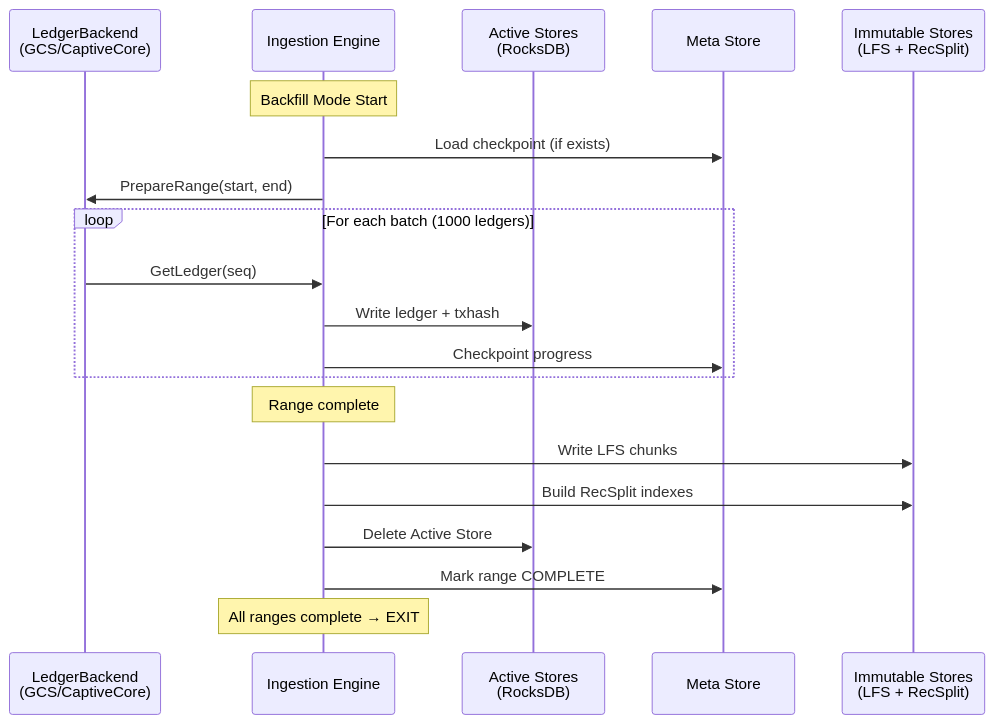
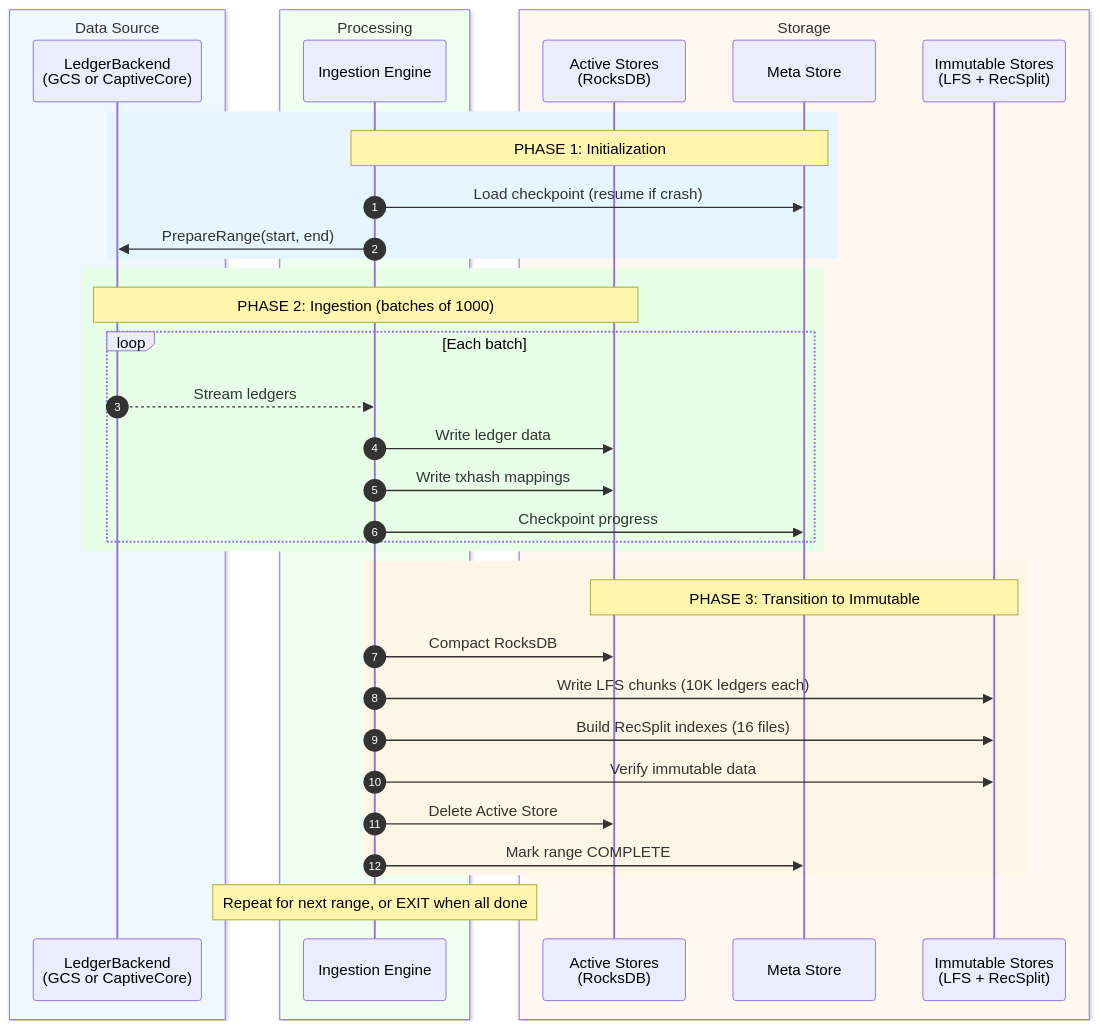
Before and after one commit to karthikiyer56/stellar-full-history-ingestion: the second of 4 diagrams in design-docs/01-architecture-overview.md, drawn with Mermaid. The commit also changed other lines of this file and 1 other file, not shown here.

````diff
--- a/design-docs/01-architecture-overview.md
+++ b/design-docs/01-architecture-overview.md
@@ -69,26 +68,46 @@
 ```mermaid
 sequenceDiagram
-    participant LB as LedgerBackend<br/>(GCS/CaptiveCore)
-    participant IE as Ingestion Engine
-    participant AS as Active Stores<br/>(RocksDB)
-    participant MS as Meta Store
-    participant IS as Immutable Stores<br/>(LFS + RecSplit)
+    autonumber
     
-    Note over IE: Backfill Mode Start
-    IE->>MS: Load checkpoint (if exists)
-    IE->>LB: PrepareRange(start, end)
-    
-    loop For each batch (1000 ledgers)
-        LB->>IE: GetLedger(seq)
-        IE->>AS: Write ledger + txhash
-        IE->>MS: Checkpoint progress
+    box rgb(240, 248, 255) Data Source
+        participant LB as LedgerBackend<br/>(GCS or CaptiveCore)
     end
     
-    Note over IE: Range complete
-    IE->>IS: Write LFS chunks
-    IE->>IS: Build RecSplit indexes
-    IE->>AS: Delete Active Store
-    IE->>MS: Mark range COMPLETE
+    box rgb(240, 255, 240) Processing
+        participant IE as Ingestion Engine
+    end
     
-    Note over IE: All ranges complete → EXIT
+    box rgb(255, 248, 240) Storage
+        participant AS as Active Stores<br/>(RocksDB)
+        participant MS as Meta Store
+        participant IS as Immutable Stores<br/>(LFS + RecSplit)
+    end
+    
+    rect rgb(230, 245, 255)
+        Note over IE,MS: PHASE 1: Initialization
+        IE->>MS: Load checkpoint (resume if crash)
+        IE->>LB: PrepareRange(start, end)
+    end
+    
+    rect rgb(230, 255, 230)
+        Note over LB,AS: PHASE 2: Ingestion (batches of 1000)
+        loop Each batch
+            LB-->>IE: Stream ledgers
+            IE->>AS: Write ledger data
+            IE->>AS: Write txhash mappings
+            IE->>MS: Checkpoint progress
+        end
+    end
+    
+    rect rgb(255, 245, 230)
+        Note over AS,IS: PHASE 3: Transition to Immutable
+        IE->>AS: Compact RocksDB
+        IE->>IS: Write LFS chunks (10K ledgers each)
+        IE->>IS: Build RecSplit indexes (16 files)
+        IE->>IS: Verify immutable data
+        IE->>AS: Delete Active Store
+        IE->>MS: Mark range COMPLETE
+    end
+    
+    Note over IE: Repeat for next range, or EXIT when all done
 ```
````
